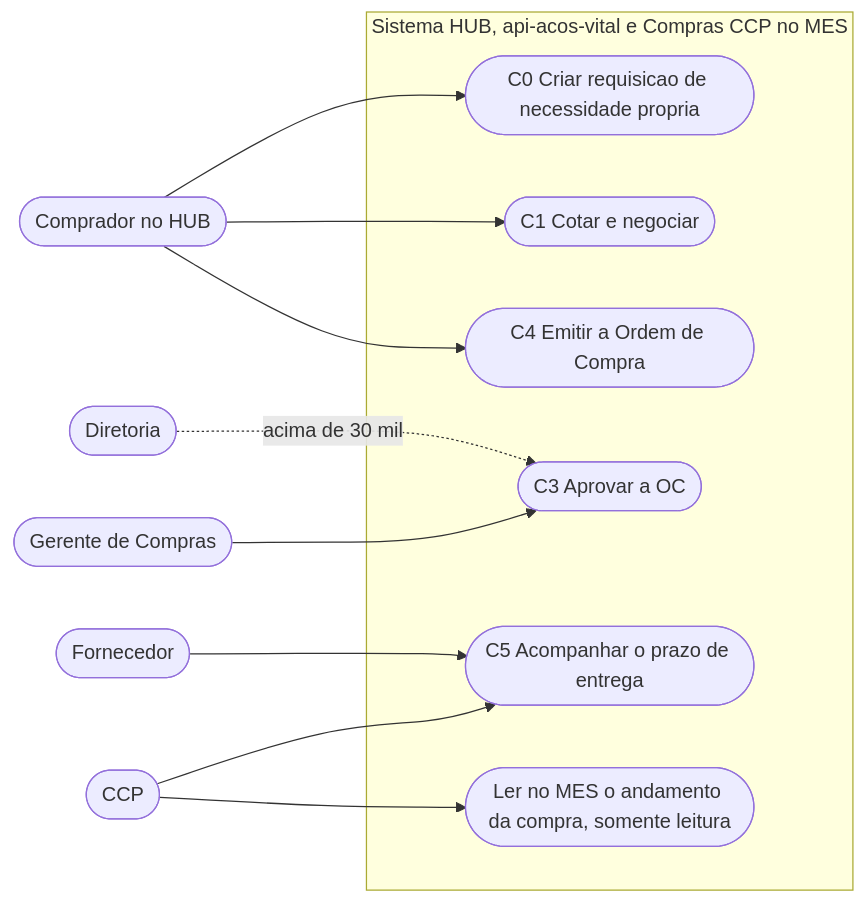
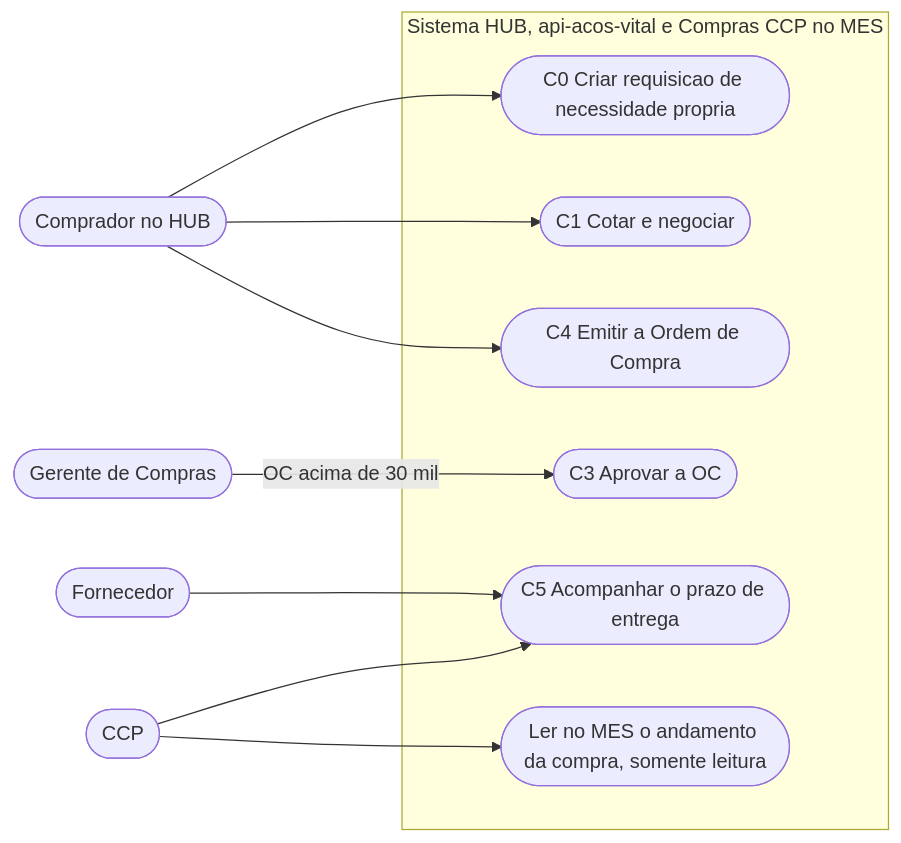
Before and after one commit to Acosvital/vault-avhub-mer: the fourth of 6 diagrams in 09-Diagramas/Casos-de-Uso.md, drawn with Mermaid. The commit also changed other lines of this file and 34 other files, not shown here.

````diff
--- a/09-Diagramas/Casos-de-Uso.md
+++ b/09-Diagramas/Casos-de-Uso.md
@@ -104,24 +104,22 @@
 ```mermaid
 flowchart LR
     COM(["Comprador no HUB"])
     GCO(["Gerente de Compras"])
-    DIR(["Diretoria"])
     CCP(["CCP"])
     FOR(["Fornecedor"])
     subgraph SIS4["Sistema HUB, api-acos-vital e Compras CCP no MES"]
         C0U(["C0 Criar requisicao de necessidade propria"])
         C1U(["C1 Cotar e negociar"])
         C4U(["C4 Emitir a Ordem de Compra"])
         C3U(["C3 Aprovar a OC"])
         C5U(["C5 Acompanhar o prazo de entrega"])
         CLM(["Ler no MES o andamento da compra, somente leitura"])
     end
     COM --> C0U
     COM --> C1U
     COM --> C4U
-    GCO --> C3U
-    DIR -.->|acima de 30 mil| C3U
+    GCO -->|"OC acima de 30 mil"| C3U
     CCP --> C5U
     FOR --> C5U
     CCP --> CLM
 ```
````
